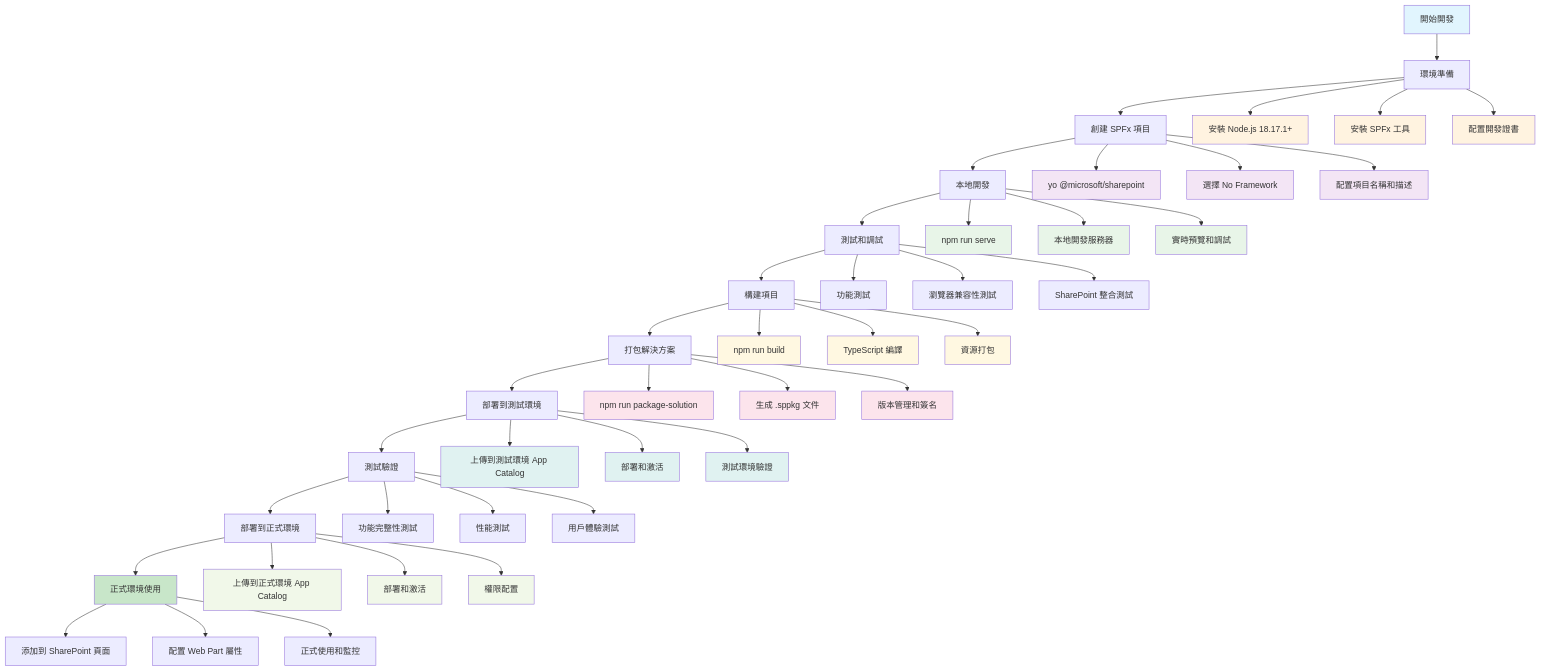
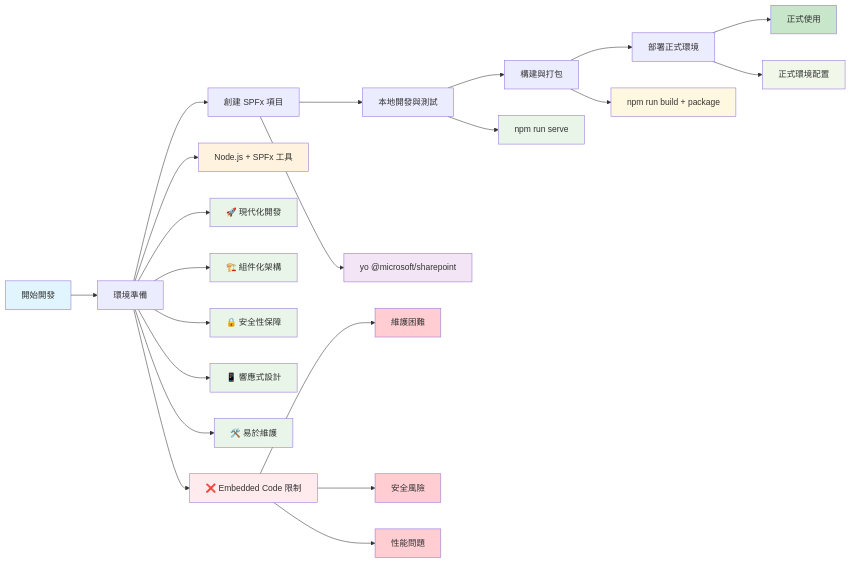
The diagram in README.md (lkw0102/sharepoint-score-display), drawn with Mermaid before and after one commit. The commit also changed 2 other files, not shown here.

Commit message:
add flow chart about the project development

````diff
--- a/README.md
+++ b/README.md
@@ -93,77 +93,45 @@
 ```mermaid
-graph TD
+graph LR
     A[開始開發] --> B[環境準備]
     B --> C[創建 SPFx 項目]
-    C --> D[本地開發]
-    D --> E[測試和調試]
-    E --> F[構建項目]
-    F --> G[打包解決方案]
-    G --> H[部署到測試環境]
-    H --> I[測試驗證]
-    I --> J[部署到正式環境]
-    J --> K[正式環境使用]
+    C --> D[本地開發與測試]
+    D --> E[構建與打包]
+    E --> G[部署正式環境]
+    G --> H[正式使用]
 
-    B --> B1[安裝 Node.js 18.17.1+]
-    B --> B2[安裝 SPFx 工具]
-    B --> B3[配置開發證書]
+    B --> B1[Node.js + SPFx 工具]
+    C --> C1[yo @microsoft/sharepoint]
+    D --> D1[npm run serve]
+    E --> E1[npm run build + package]
+    G --> G1[正式環境配置]
 
-    C --> C1[yo @microsoft/sharepoint]
-    C --> C2[選擇 No Framework]
-    C --> C3[配置項目名稱和描述]
+    %% SPFx 優勢說明
+    B --> B2[🚀 現代化開發]
+    B --> B3[🏗️ 組件化架構]
+    B --> B4[🔒 安全性保障]
+    B --> B5[📱 響應式設計]
+    B --> B6[🛠️ 易於維護]
 
-    D --> D1[npm run serve]
-    D --> D2[本地開發服務器]
-    D --> D3[實時預覽和調試]
-
-    E --> E1[功能測試]
-    E --> E2[瀏覽器兼容性測試]
-    E --> E3[SharePoint 整合測試]
-
-    F --> F1[npm run build]
-    F --> F2[TypeScript 編譯]
-    F --> F3[資源打包]
-
-    G --> G1[npm run package-solution]
-    G --> G2[生成 .sppkg 文件]
-    G --> G3[版本管理和簽名]
-
-    H --> H1[上傳到測試環境 App Catalog]
-    H --> H2[部署和激活]
-    H --> H3[測試環境驗證]
-
-    I --> I1[功能完整性測試]
-    I --> I2[性能測試]
-    I --> I3[用戶體驗測試]
-
-    J --> J1[上傳到正式環境 App Catalog]
-    J --> J2[部署和激活]
-    J --> J3[權限配置]
-
-    K --> K1[添加到 SharePoint 頁面]
-    K --> K2[配置 Web Part 屬性]
-    K --> K3[正式使用和監控]
+    %% Embedded Code 對比
+    B --> B7[❌ Embedded Code 限制]
+    B7 --> B7a[維護困難]
+    B7 --> B7b[安全風險]
+    B7 --> B7c[性能問題]
 
     style A fill:#e1f5fe
-    style K fill:#c8e6c9
+    style H fill:#c8e6c9
     style B1 fill:#fff3e0
-    style B2 fill:#fff3e0
-    style B3 fill:#fff3e0
     style C1 fill:#f3e5f5
-    style C2 fill:#f3e5f5
-    style C3 fill:#f3e5f5
     style D1 fill:#e8f5e8
-    style D2 fill:#e8f5e8
-    style D3 fill:#e8f5e8
-    style F1 fill:#fff8e1
-    style F2 fill:#fff8e1
-    style F3 fill:#fff8e1
-    style G1 fill:#fce4ec
-    style G2 fill:#fce4ec
-    style G3 fill:#fce4ec
-    style H1 fill:#e0f2f1
-    style H2 fill:#e0f2f1
-    style H3 fill:#e0f2f1
-    style J1 fill:#f1f8e9
-    style J2 fill:#f1f8e9
-    style J3 fill:#f1f8e9
+    style E1 fill:#fff8e1
+    style G1 fill:#f1f8e9
+    style B2 fill:#e8f5e8
+    style B3 fill:#e8f5e8
+    style B4 fill:#e8f5e8
+    style B5 fill:#e8f5e8
+    style B6 fill:#e8f5e8
+    style B7 fill:#ffebee
+    style B7a fill:#ffcdd2
+    style B7b fill:#ffcdd2
+    style B7c fill:#ffcdd2
 ```
````
